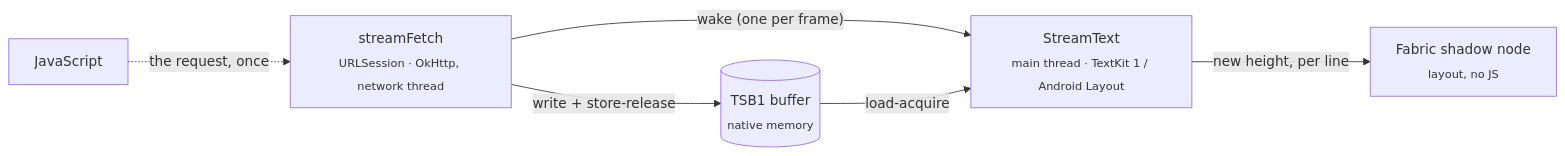
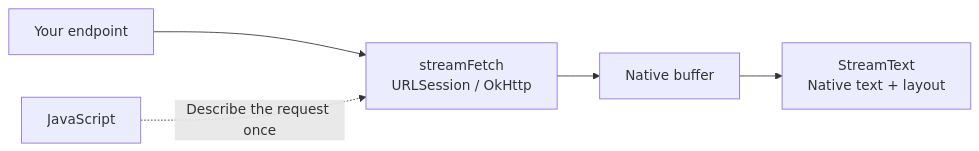
The diagram in README.md (pioner92/react-native-text-stream), drawn with Mermaid before and after one commit. The commit also changed other lines of this file and 31 other files, not shown here.

````diff
--- a/README.md
+++ b/README.md
@@ -346,8 +152,7 @@
 ```mermaid
 flowchart LR
-    J["JavaScript"] -. "the request, once" .-> P["streamFetch<br/><sub>URLSession · OkHttp, network thread</sub>"]
-    P -- "write + store-release" --> B[("TSB1 buffer<br/><sub>native memory</sub>")]
-    P -- "wake (one per frame)" --> R["StreamText<br/><sub>main thread · TextKit 1 / Android Layout</sub>"]
-    B -- "load-acquire" --> R
-    R -- "new height, per line" --> S["Fabric shadow node<br/><sub>layout, no JS</sub>"]
+  A["Your endpoint"] --> B["streamFetch<br/>URLSession / OkHttp"]
+  B --> C["Native buffer"]
+  C --> D["StreamText<br/>Native text + layout"]
+  J["JavaScript"] -. "Describe the request once" .-> B
 ```
````
